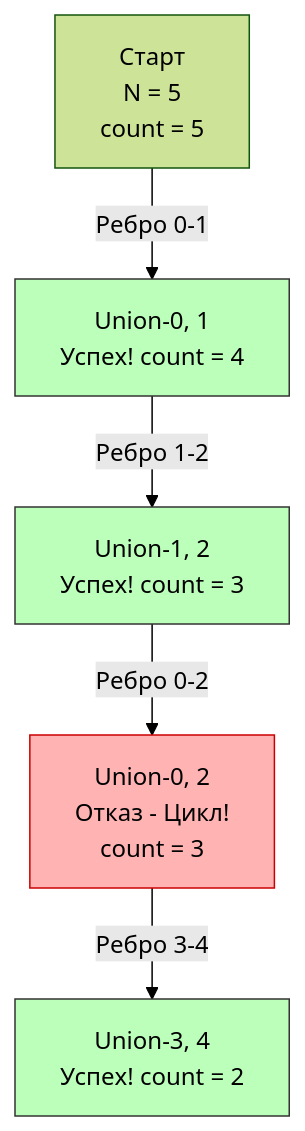
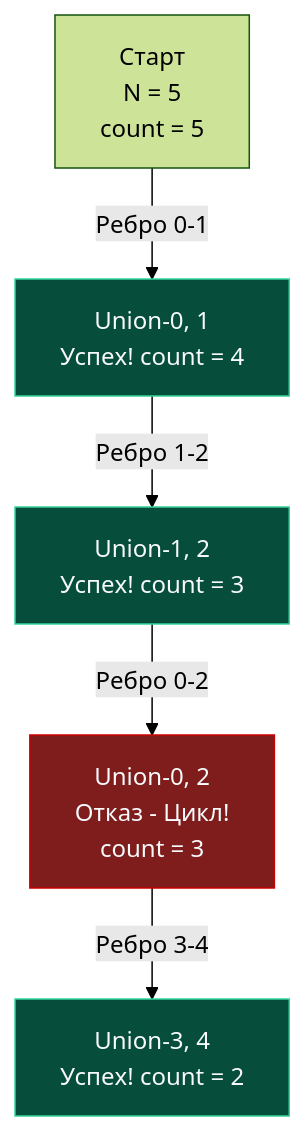
One commit to UnrealTemplier/go-textbook changed the diagram in sources/21. Задачи с LeetCode и собеседований на Go/02. Задачи/15. Union Find/3. Number of Connected Components.md. Above: the diagram before and after it, drawn with Mermaid (forest theme). The commit also changed 310 other files, not shown here.

First line of the commit message:
fix(mermaid): replace light fill colors with dark palette for readability on dark theme

````diff
--- a/sources/21. Задачи с LeetCode и собеседований на Go/02. Задачи/15. Union Find/3. Number of Connected Components.md
+++ b/sources/21. Задачи с LeetCode и собеседований на Go/02. Задачи/15. Union Find/3. Number of Connected Components.md
@@ -34,12 +34,12 @@
 ```mermaid
 graph TD
     A["Старт<br>N = 5<br>count = 5"] -->|"Ребро 0-1"| B["Union-0, 1<br>Успех! count = 4"]
     B -->|"Ребро 1-2"| C["Union-1, 2<br>Успех! count = 3"]
     C -->|"Ребро 0-2"| D["Union-0, 2<br>Отказ - Цикл!<br>count = 3"]
     D -->|"Ребро 3-4"| E["Union-3, 4<br>Успех! count = 2"]
     
-    style B fill:#bfb,stroke:#333
-    style C fill:#bfb,stroke:#333
-    style E fill:#bfb,stroke:#333
-    style D fill:#ffb3b3,stroke:#cc0000
+    style B fill:#064e3b,stroke:#34d399,color:#f8fafc
+    style C fill:#064e3b,stroke:#34d399,color:#f8fafc
+    style E fill:#064e3b,stroke:#34d399,color:#f8fafc
+    style D fill:#7f1d1d,stroke:#cc0000,color:#f8fafc
 ```
````
